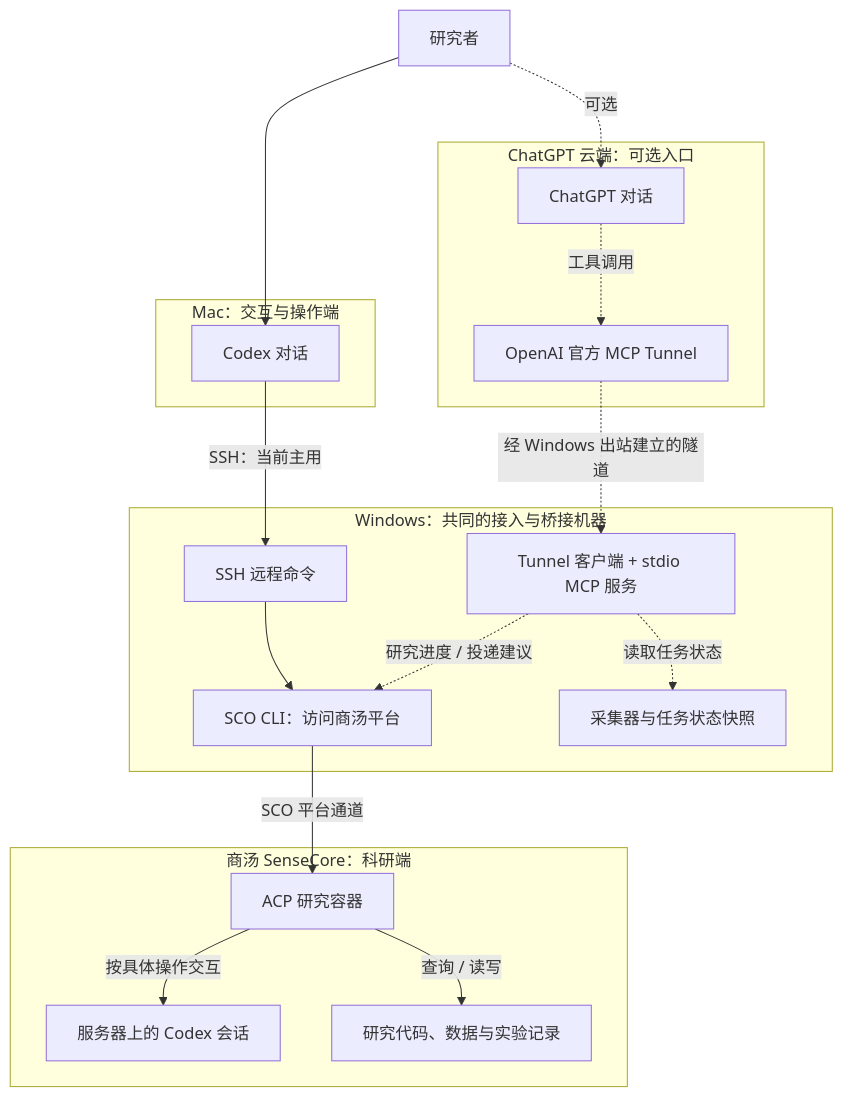
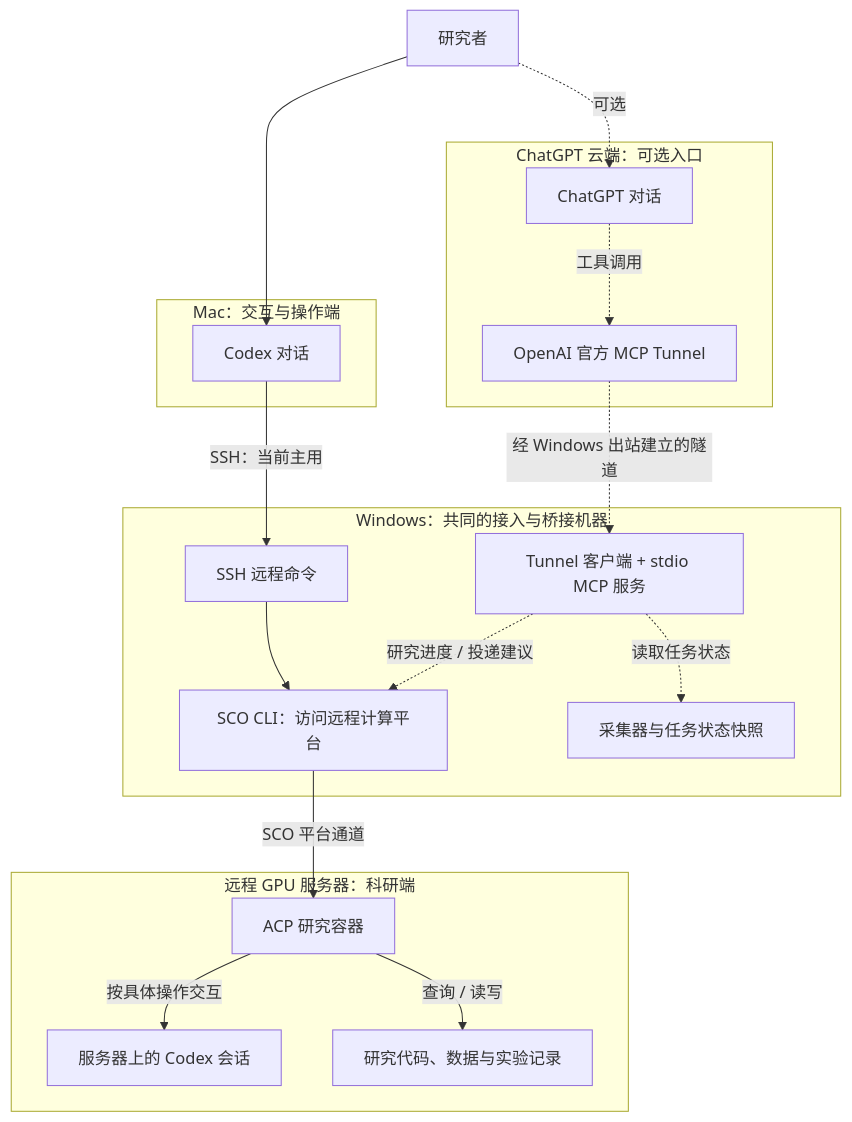
Before and after one commit to Jeffyaoliang/autoresearch-lab: the diagram in README.md, drawn with Mermaid. The commit also changed other lines of this file and 1 other file, not shown here.

Commit message:
Use provider-neutral descriptions in architecture and deployment docs

````diff
--- a/README.md
+++ b/README.md
@@ -19,41 +19,41 @@
 ```mermaid
 flowchart TB
     researcher["研究者"]
 
     subgraph mac["Mac：交互与操作端"]
         macCodex["Codex 对话"]
     end
 
     subgraph cloud["ChatGPT 云端：可选入口"]
         chatgpt["ChatGPT 对话"]
         officialTunnel["OpenAI 官方 MCP Tunnel"]
         chatgpt -. "工具调用" .-> officialTunnel
     end
 
     subgraph windows["Windows：共同的接入与桥接机器"]
         ssh["SSH 远程命令"]
         mcp["Tunnel 客户端 + stdio MCP 服务"]
-        sco["SCO CLI：访问商汤平台"]
+        sco["SCO CLI：访问远程计算平台"]
         snapshot["采集器与任务状态快照"]
 
         ssh --> sco
         mcp -. "研究进度 / 投递建议" .-> sco
         mcp -. "读取任务状态" .-> snapshot
     end
 
-    subgraph sensecore["商汤 SenseCore：科研端"]
+    subgraph research_server["远程 GPU 服务器：科研端"]
         container["ACP 研究容器"]
         serverCodex["服务器上的 Codex 会话"]
         workspace["研究代码、数据与实验记录"]
 
         container -->|"按具体操作交互"| serverCodex
         container -->|"查询 / 读写"| workspace
     end
 
     researcher --> macCodex
     macCodex -->|"SSH：当前主用"| ssh
     sco -->|"SCO 平台通道"| container
 
     researcher -. "可选" .-> chatgpt
     officialTunnel -. "经 Windows 出站建立的隧道" .-> mcp
 ```
````
